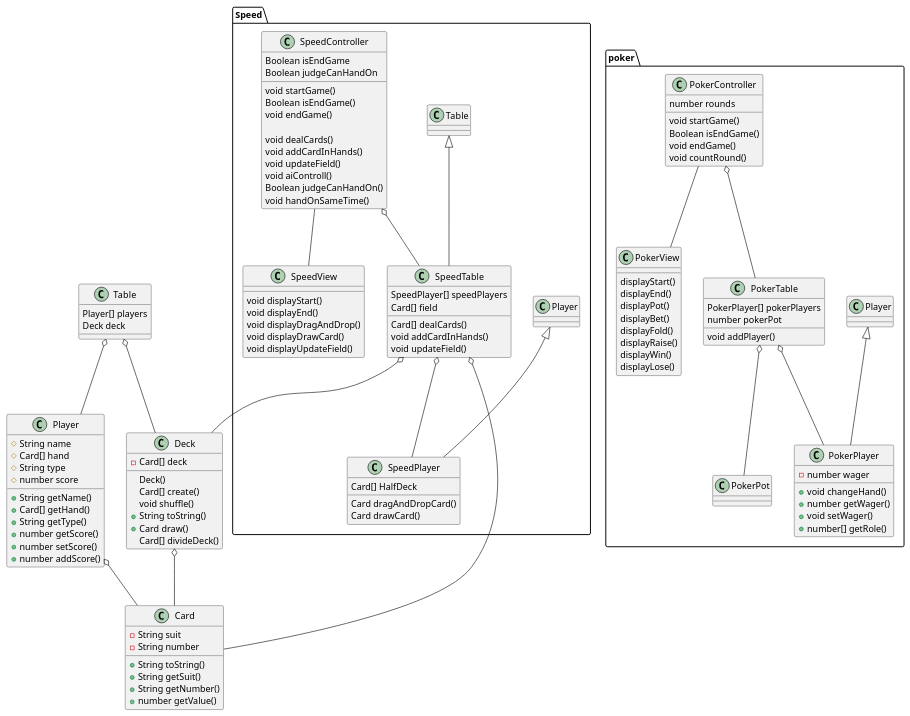
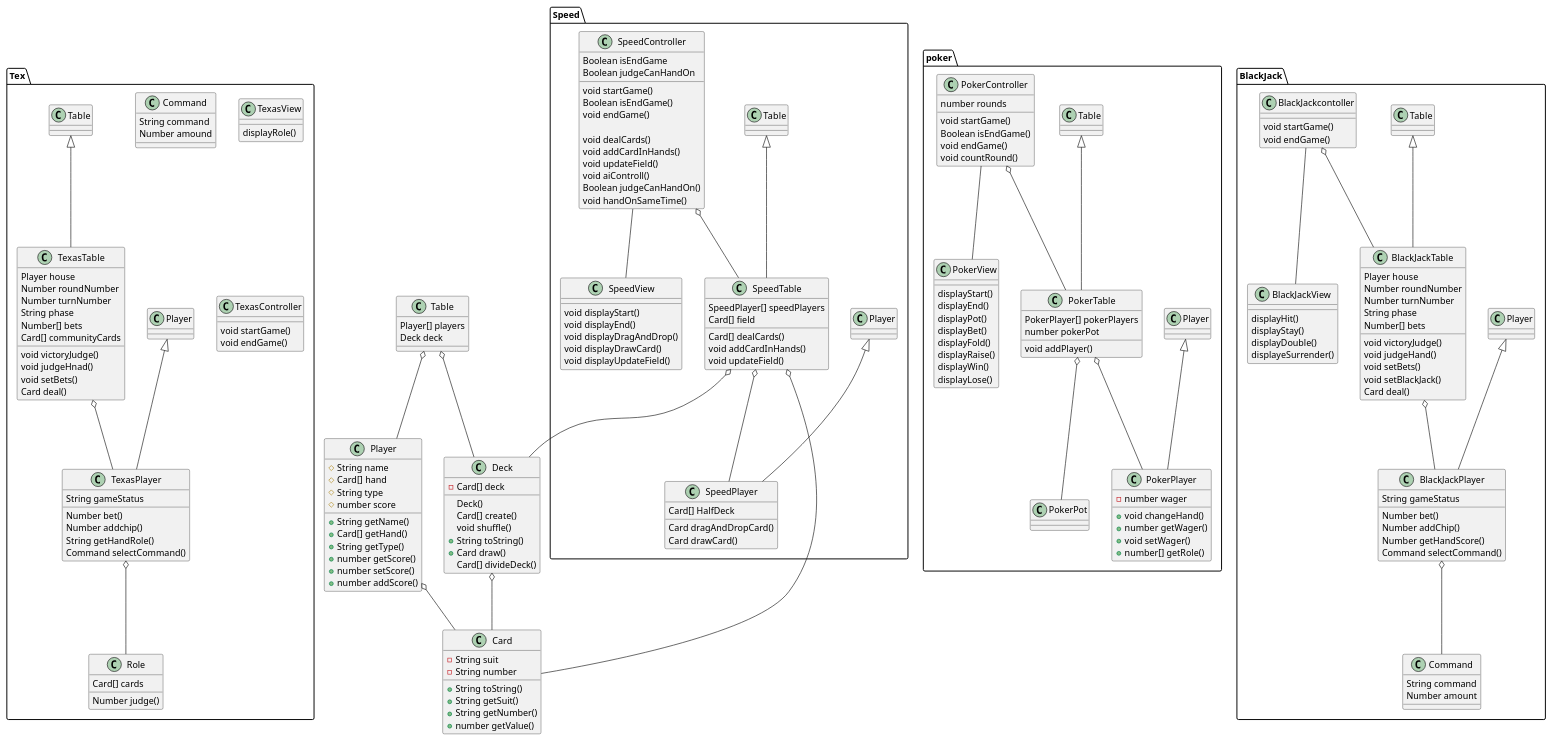
One commit to Recursion-teamB/class-diagram changed the diagram in makeUML.pu. Above: the diagram before and after it, drawn with PlantUML.

Commit message:
add Black Jack and Texas

```diff
--- a/makeUML.pu
+++ b/makeUML.pu
@@ -91,7 +91,7 @@
         +void setWager()
         +number[] getRole()
     }
-    class PokerTable{
+    class PokerTable extends Table{
         PokerPlayer[] pokerPlayers
         number pokerPot
         void addPlayer()
@@ -121,6 +121,97 @@
     PokerTable o-- PokerPot
 }
 
+package BlackJack {
+    class BlackJackPlayer extends Player {
+        String gameStatus
+
+        Number bet()
+        Number addChip()
+        Number getHandScore()
+        Command selectCommand()
+    }
+
+    class BlackJackTable extends Table {
+        Player house
+        Number roundNumber
+        Number turnNumber
+        String phase
+        Number[] bets
+
+        void victoryJudge()
+        void judgeHand()
+        void setBets()
+        void setBlackJack()
+        Card deal()
+    }
+
+    class Command {
+        String command
+        Number amount
+    }
+
+    class BlackJackView {
+        displayHit()
+        displayStay()
+        displayDouble()
+        displayeSurrender()
+    }
+
+    class BlackJackcontoller {
+        void startGame()
+        void endGame()
+    }
+    BlackJackcontoller o-- BlackJackTable
+    BlackJackcontoller -- BlackJackView
+    BlackJackTable o-- BlackJackPlayer
+    BlackJackPlayer o-- Command
+}
+
+package Texas holdem {
+    class TexasPlayer extends Player{
+        String gameStatus
+
+        Number bet()
+        Number addchip()
+        String getHandRole()
+        Command selectCommand()
+    }
+
+    class TexasTable extends Table {
+        Player house
+        Number roundNumber
+        Number turnNumber
+        String phase
+        Number[] bets
+        Card[] communityCards
+
+        void victoryJudge()
+        void judgeHnad()
+        void setBets()
+        Card deal()
+    }
+
+    class Command {
+        String command
+        Number amound
+    }
+
+    class Role {
+        Card[] cards
+        Number judge()
+    }
+
+    class TexasView {
+        displayRole()
+    }
+
+    class TexasController {
+        void startGame()
+        void endGame()
+    }
+    TexasTable o-- TexasPlayer
+    TexasPlayer o-- Role
+}
 
 Deck o-- Card
 Table o-- Deck
```
